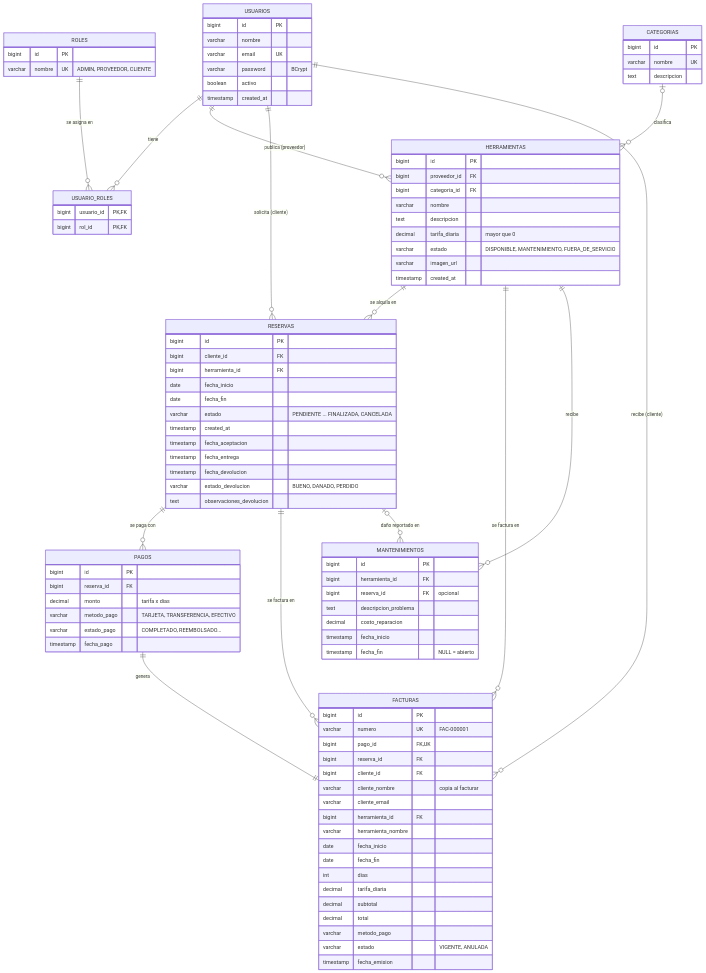
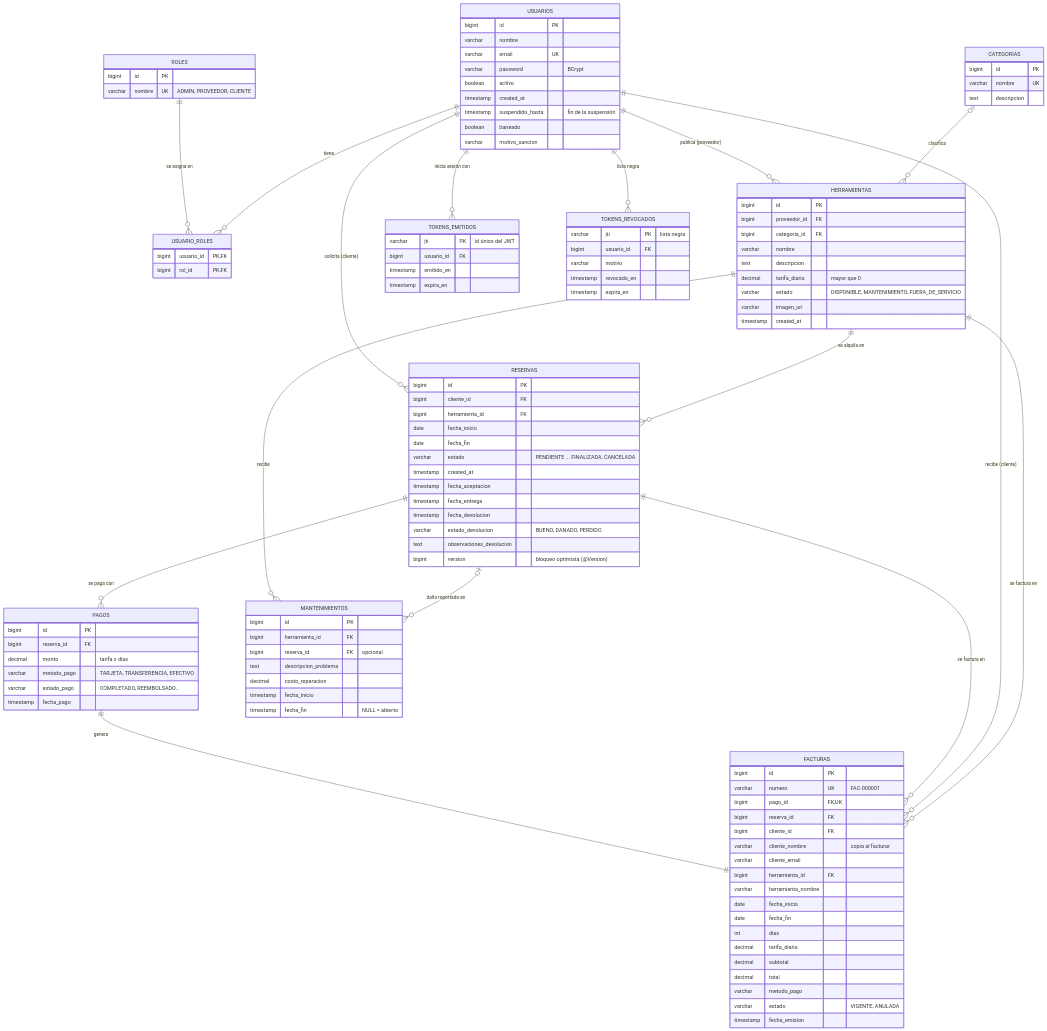
The diagram in docs/diagrama-er.mmd (pau091/Plataforma_de_Renta_de_Herramientas), drawn with Mermaid before and after one commit. The commit also changed 39 other files, not shown here.

```diff
--- a/docs/diagrama-er.mmd
+++ b/docs/diagrama-er.mmd
@@ -1,100 +1,119 @@
-%% Diagrama relacional de renta_herramientas_db (esquema final: sql/schema.sql = migraciones V1-V12).
+%% Diagrama relacional de renta_herramientas_db (esquema final: sql/schema.sql = migraciones V1-V14).
 %% Imagen generada: docs/diagrama-er.png
 erDiagram
     ROLES ||--o{ USUARIO_ROLES : "se asigna en"
     USUARIOS ||--o{ USUARIO_ROLES : "tiene"
     USUARIOS ||--o{ HERRAMIENTAS : "publica (proveedor)"
     CATEGORIAS |o--o{ HERRAMIENTAS : "clasifica"
     USUARIOS ||--o{ RESERVAS : "solicita (cliente)"
     HERRAMIENTAS ||--o{ RESERVAS : "se alquila en"
     RESERVAS ||--o{ PAGOS : "se paga con"
     PAGOS ||--|| FACTURAS : "genera"
     RESERVAS ||--o{ FACTURAS : "se factura en"
     USUARIOS ||--o{ FACTURAS : "recibe (cliente)"
     HERRAMIENTAS ||--o{ FACTURAS : "se factura en"
     HERRAMIENTAS ||--o{ MANTENIMIENTOS : "recibe"
     RESERVAS |o--o{ MANTENIMIENTOS : "daño reportado en"
+    USUARIOS ||--o{ TOKENS_EMITIDOS : "inicia sesión con"
+    USUARIOS ||--o{ TOKENS_REVOCADOS : "lista negra"
 
     ROLES {
         bigint id PK
         varchar nombre UK "ADMIN, PROVEEDOR, CLIENTE"
     }
     USUARIOS {
         bigint id PK
         varchar nombre
         varchar email UK
         varchar password "BCrypt"
         boolean activo
         timestamp created_at
+        timestamp suspendido_hasta "fin de la suspensión"
+        boolean baneado
+        varchar motivo_sancion
     }
     USUARIO_ROLES {
         bigint usuario_id PK, FK
         bigint rol_id PK, FK
     }
     CATEGORIAS {
         bigint id PK
         varchar nombre UK
         text descripcion
     }
     HERRAMIENTAS {
         bigint id PK
         bigint proveedor_id FK
         bigint categoria_id FK
         varchar nombre
         text descripcion
         decimal tarifa_diaria "mayor que 0"
         varchar estado "DISPONIBLE, MANTENIMIENTO, FUERA_DE_SERVICIO"
         varchar imagen_url
         timestamp created_at
     }
     RESERVAS {
         bigint id PK
         bigint cliente_id FK
         bigint herramienta_id FK
         date fecha_inicio
         date fecha_fin
         varchar estado "PENDIENTE ... FINALIZADA, CANCELADA"
         timestamp created_at
         timestamp fecha_aceptacion
         timestamp fecha_entrega
         timestamp fecha_devolucion
         varchar estado_devolucion "BUENO, DANADO, PERDIDO"
         text observaciones_devolucion
+        bigint version "bloqueo optimista (@Version)"
+    }
+    TOKENS_EMITIDOS {
+        varchar jti PK "id único del JWT"
+        bigint usuario_id FK
+        timestamp emitido_en
+        timestamp expira_en
+    }
+    TOKENS_REVOCADOS {
+        varchar jti PK "lista negra"
+        bigint usuario_id FK
+        varchar motivo
+        timestamp revocado_en
+        timestamp expira_en
     }
     PAGOS {
         bigint id PK
         bigint reserva_id FK
         decimal monto "tarifa x dias"
         varchar metodo_pago "TARJETA, TRANSFERENCIA, EFECTIVO"
         varchar estado_pago "COMPLETADO, REEMBOLSADO..."
         timestamp fecha_pago
     }
     FACTURAS {
         bigint id PK
         varchar numero UK "FAC-000001"
         bigint pago_id FK, UK
         bigint reserva_id FK
         bigint cliente_id FK
         varchar cliente_nombre "copia al facturar"
         varchar cliente_email
         bigint herramienta_id FK
         varchar herramienta_nombre
         date fecha_inicio
         date fecha_fin
         int dias
         decimal tarifa_diaria
         decimal subtotal
         decimal total
         varchar metodo_pago
         varchar estado "VIGENTE, ANULADA"
         timestamp fecha_emision
     }
     MANTENIMIENTOS {
         bigint id PK
         bigint herramienta_id FK
         bigint reserva_id FK "opcional"
         text descripcion_problema
         decimal costo_reparacion
         timestamp fecha_inicio
         timestamp fecha_fin "NULL = abierto"
     }
```
